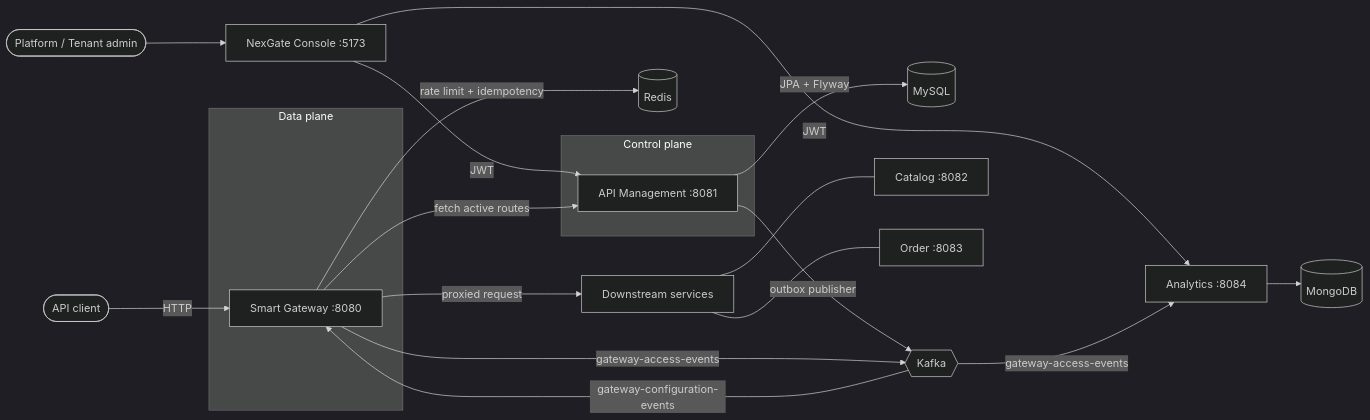
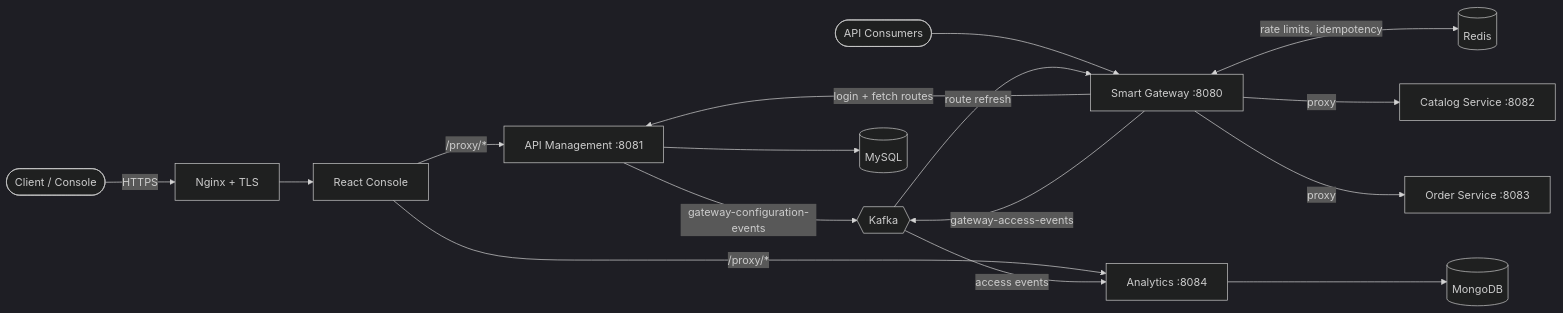
The diagram in README.md (rajanSoni0/nexgate), drawn with Mermaid (dark theme) before and after one commit. The commit also changed other lines of this file, not shown here.

````diff
--- a/README.md
+++ b/README.md
@@ -63,31 +124,20 @@
 ```mermaid
 flowchart LR
-    Client([API client]) -->|HTTP| GW
+    Client([Client / Console]) -->|HTTPS| Nginx[Nginx + TLS]
+    Nginx --> Console[React Console]
+    Console -->|/proxy/*| Mgmt
+    Console -->|/proxy/*| Analytics
 
-    subgraph DataPlane[Data plane]
-        GW[Smart Gateway :8080]
-    end
+    Client2([API Consumers]) --> GW[Smart Gateway :8080]
+    GW <-->|rate limits, idempotency| Redis[(Redis)]
+    GW -->|login + fetch routes| Mgmt[API Management :8081]
+    GW -->|proxy| Catalog[Catalog Service :8082]
+    GW -->|proxy| Order[Order Service :8083]
+    GW -->|gateway-access-events| Kafka{{Kafka}}
 
-    subgraph ControlPlane[Control plane]
-        MGMT[API Management :8081]
-    end
-
-    Admin([Platform / Tenant admin]) --> UI[NexGate Console :5173]
-    UI -->|JWT| MGMT
-    UI -->|JWT| AN
-
-    MGMT -->|JPA + Flyway| MYSQL[(MySQL)]
-    MGMT -->|outbox publisher| K{{Kafka}}
-
-    K -->|gateway-configuration-events| GW
-    GW -->|fetch active routes| MGMT
-    GW -->|rate limit + idempotency| REDIS[(Redis)]
-    GW -->|gateway-access-events| K
-    GW -->|proxied request| DS[Downstream services]
-
-    K -->|gateway-access-events| AN[Analytics :8084]
-    AN --> MONGO[(MongoDB)]
-
-    DS --- CAT[Catalog :8082]
-    DS --- ORD[Order :8083]
+    Mgmt -->|gateway-configuration-events| Kafka
+    Mgmt --> MySQL[(MySQL)]
+    Kafka -->|route refresh| GW
+    Kafka -->|access events| Analytics[Analytics :8084]
+    Analytics --> Mongo[(MongoDB)]
 ```
````
